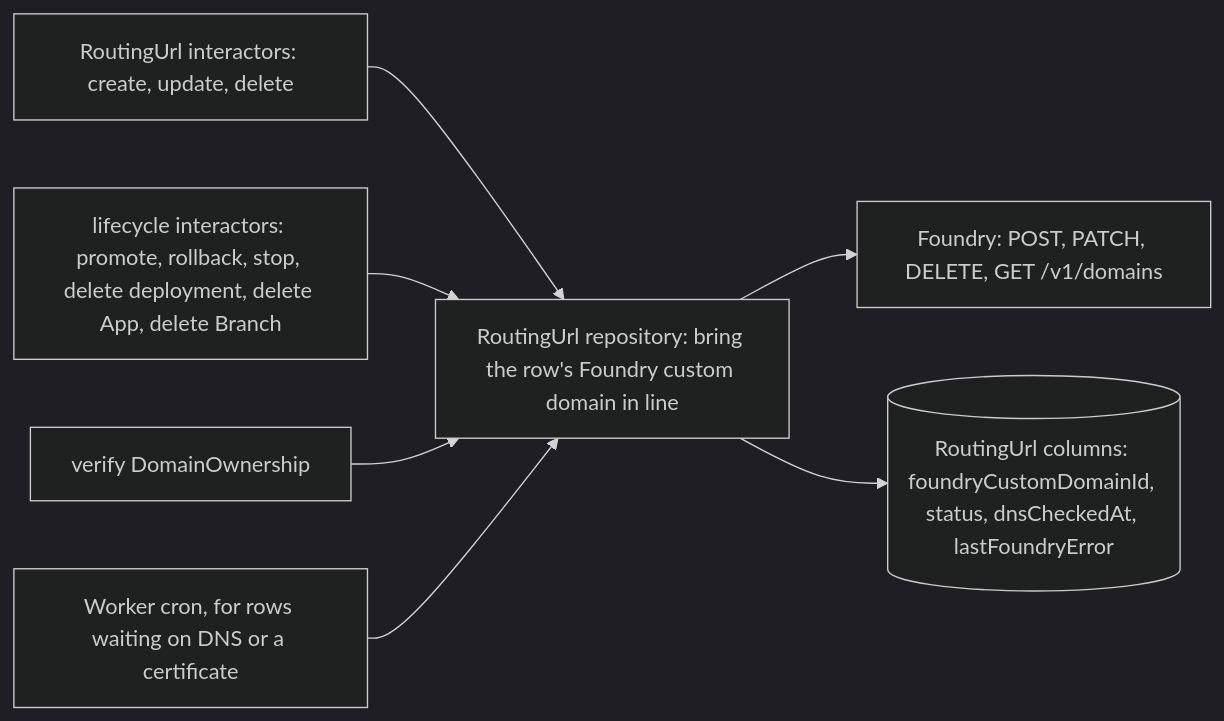
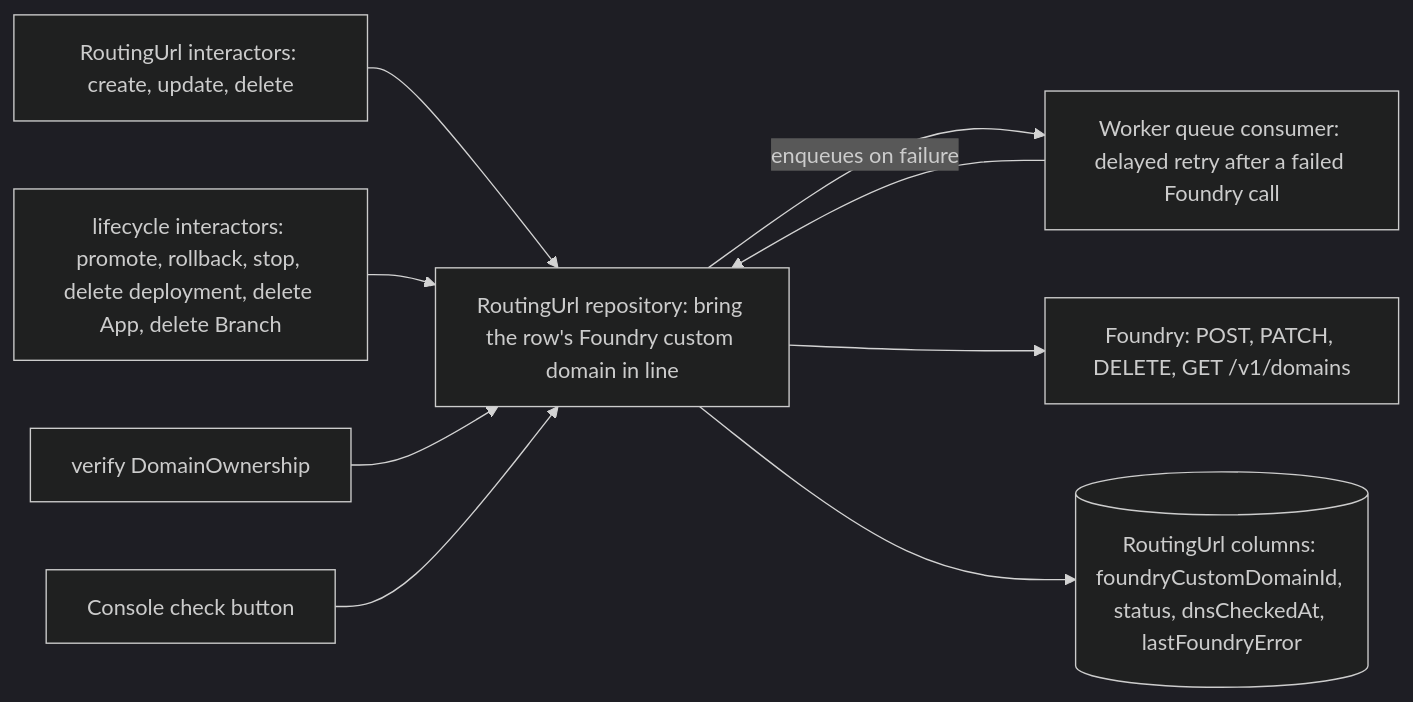
Before and after one commit to prisma/composer: the diagram in docs/design/05-prisma-cloud/public-urls/platform-routing-url-lifecycle.md, drawn with Mermaid (dark theme). The commit also changed other lines of this file and 6 other files, not shown here.

Commit message:
docs(design): queued retry and the Console check button in place of the cron

````diff
--- a/docs/design/05-prisma-cloud/public-urls/platform-routing-url-lifecycle.md
+++ b/docs/design/05-prisma-cloud/public-urls/platform-routing-url-lifecycle.md
@@ -9,9 +9,11 @@
 ```mermaid
 flowchart LR
   Ops["RoutingUrl interactors: create, update, delete"] --> Repo["RoutingUrl repository: bring the row's Foundry custom domain in line"]
   Hooks["lifecycle interactors: promote, rollback, stop, delete deployment, delete App, delete Branch"] --> Repo
   Verify["verify DomainOwnership"] --> Repo
-  Cron["Worker cron, for rows waiting on DNS or a certificate"] --> Repo
+  Check["Console check button"] --> Repo
+  Retry["Worker queue consumer: delayed retry after a failed Foundry call"] --> Repo
+  Repo -- "enqueues on failure" --> Retry
   Repo --> F["Foundry: POST, PATCH, DELETE, GET /v1/domains"]
   Repo --> Row[("RoutingUrl columns: foundryCustomDomainId, status, dnsCheckedAt, lastFoundryError")]
 ```
````
